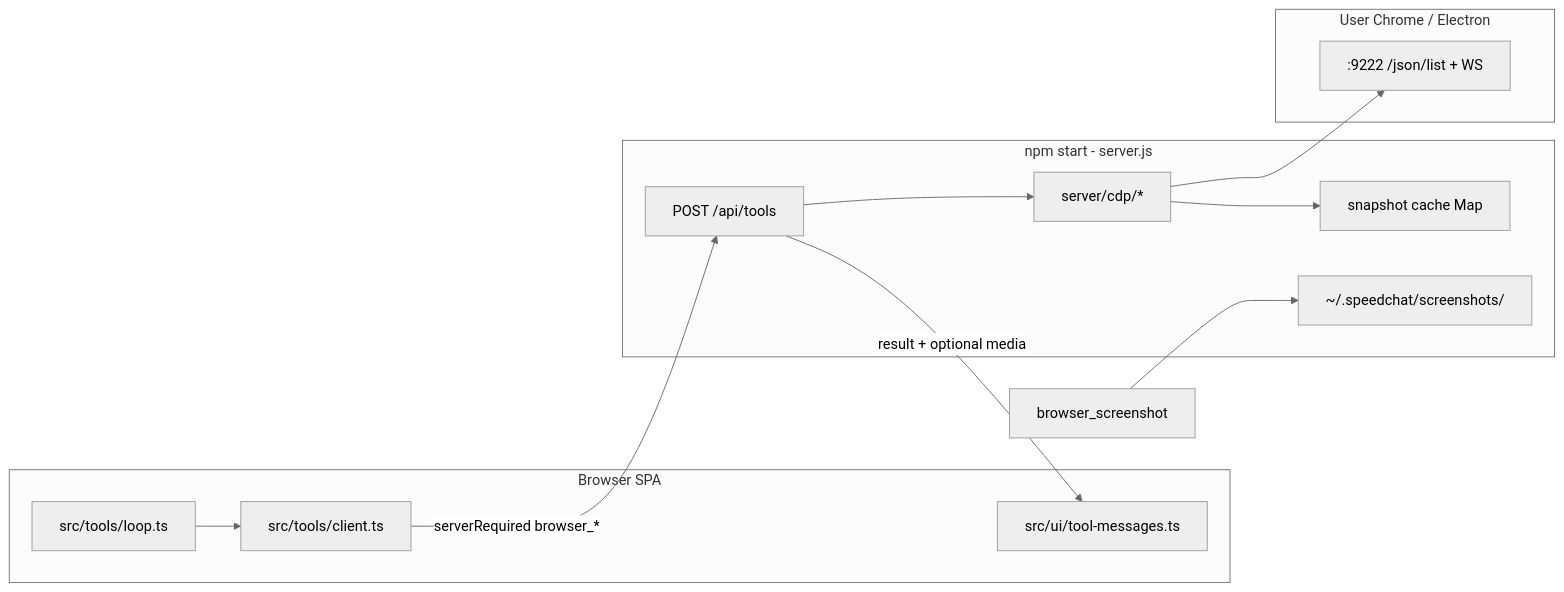
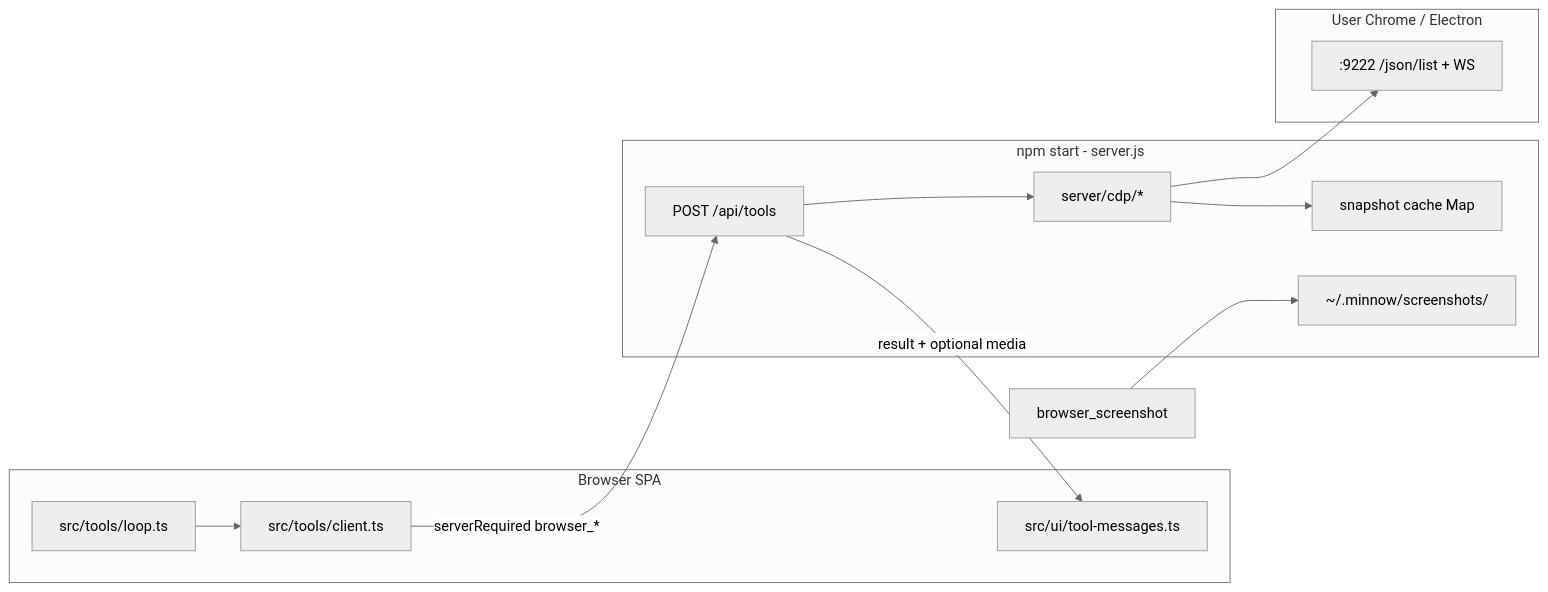
Before and after one commit to DukkyGames/Minnow: the diagram in documentation/plans/Build out/step-12-browser-cdp-automation.md, drawn with Mermaid (neutral theme). The commit also changed other lines of this file and 204 other files, not shown here.

````diff
--- a/documentation/plans/Build out/step-12-browser-cdp-automation.md
+++ b/documentation/plans/Build out/step-12-browser-cdp-automation.md
@@ -52,24 +52,24 @@
 ```mermaid
 flowchart LR
   subgraph browser [Browser SPA]
     Loop[src/tools/loop.ts]
     Client[src/tools/client.ts]
     ToolUI[src/ui/tool-messages.ts]
   end
   subgraph node [npm start - server.js]
     API[POST /api/tools]
     CDP[server/cdp/*]
     Snap[snapshot cache Map]
-    SS[~/.speedchat/screenshots/]
+    SS[~/.minnow/screenshots/]
   end
   subgraph chrome [User Chrome / Electron]
     CDPEndpoint[":9222 /json/list + WS"]
   end
   Loop --> Client
   Client -->|serverRequired browser_*| API
   API --> CDP
   CDP --> CDPEndpoint
   CDP --> Snap
   browser_screenshot --> SS
   API -->|result + optional media| ToolUI
 ```
````
